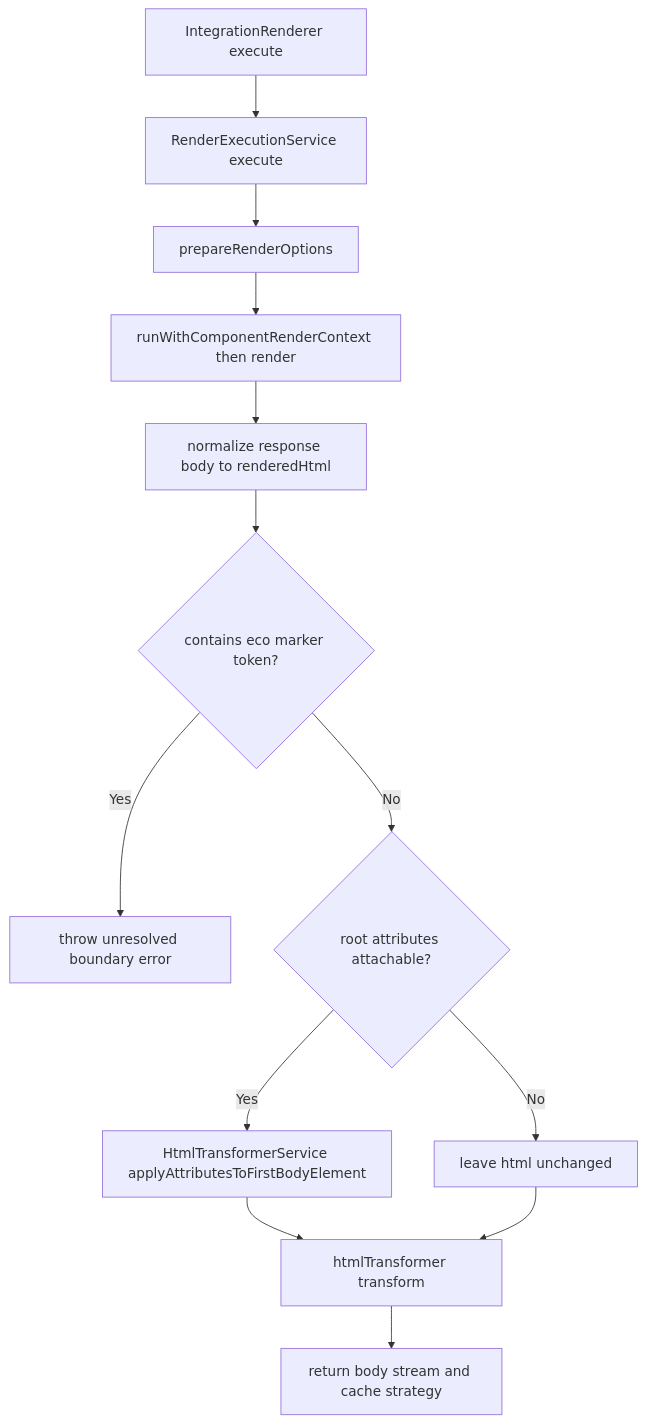
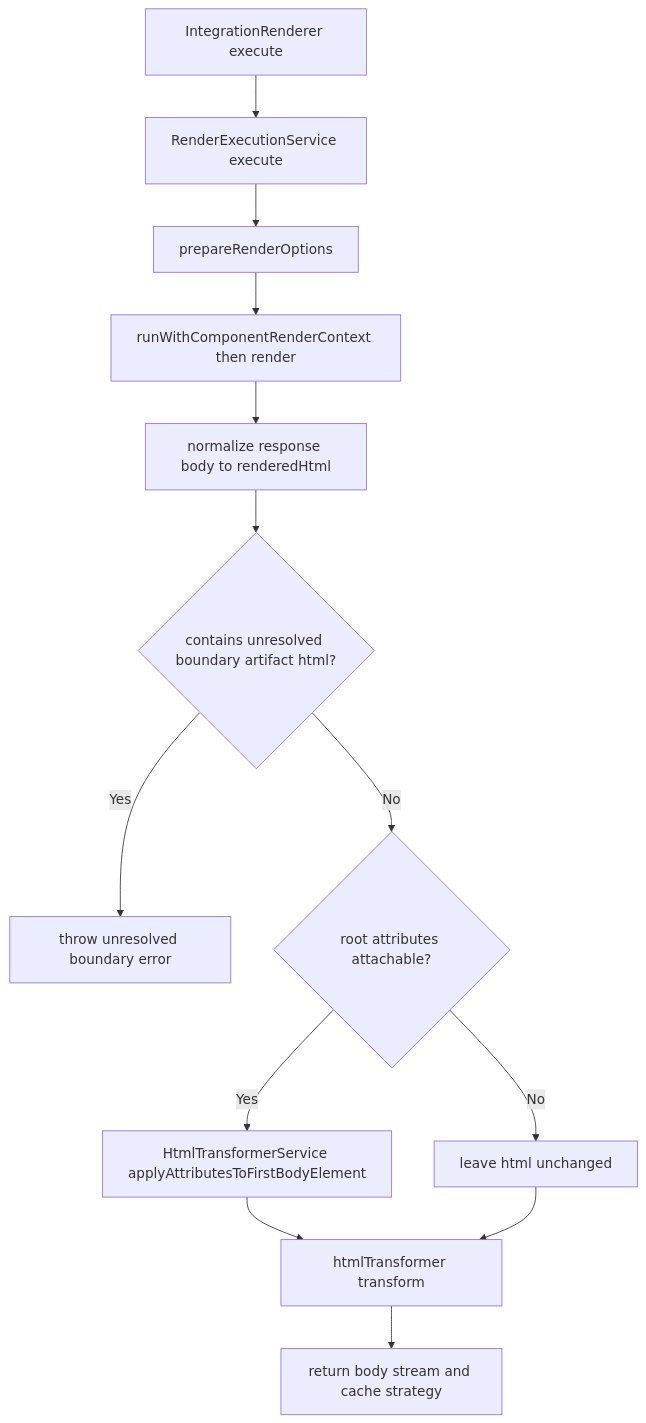
Before and after one commit to ecopages/ecopages: the fifth of 11 diagrams in packages/core/src/route-renderer/GRAPH.md, drawn with Mermaid. The commit also changed other lines of this file and 1 other file, not shown here.

Commit message:
docs(route-renderer): rename unresolved marker output to boundary artifacts

````diff
--- a/packages/core/src/route-renderer/GRAPH.md
+++ b/packages/core/src/route-renderer/GRAPH.md
@@ -146,15 +146,15 @@
 ```mermaid
 flowchart TD
   A[IntegrationRenderer execute] --> B[RenderExecutionService execute]
   B --> C[prepareRenderOptions]
   C --> D[runWithComponentRenderContext then render]
   D --> E[normalize response body to renderedHtml]
-  E --> F{contains eco marker token?}
+  E --> F{contains unresolved boundary artifact html?}
   F -- Yes --> G[throw unresolved boundary error]
   F -- No --> H{root attributes attachable?}
   H -- Yes --> I[HtmlTransformerService applyAttributesToFirstBodyElement]
   H -- No --> J[leave html unchanged]
   I --> K[htmlTransformer transform]
   J --> K
   K --> L[return body stream and cache strategy]
 ```
````
